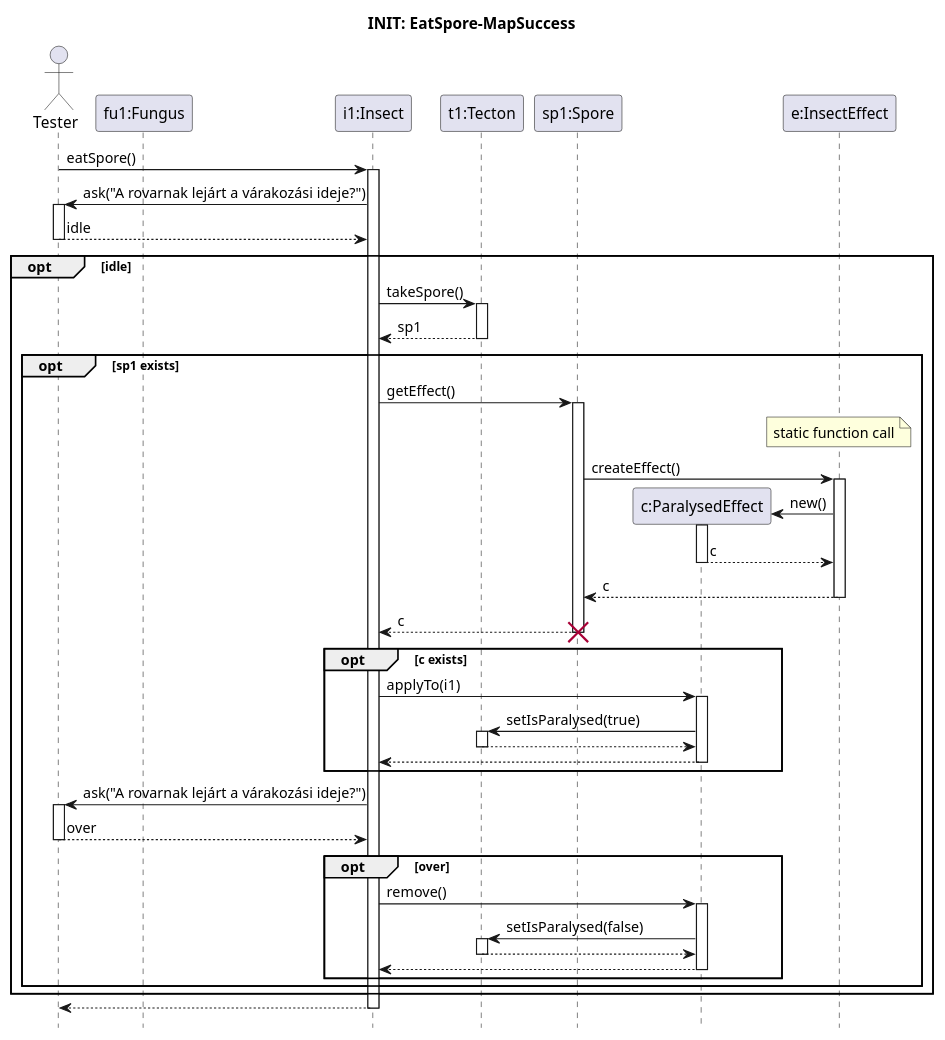
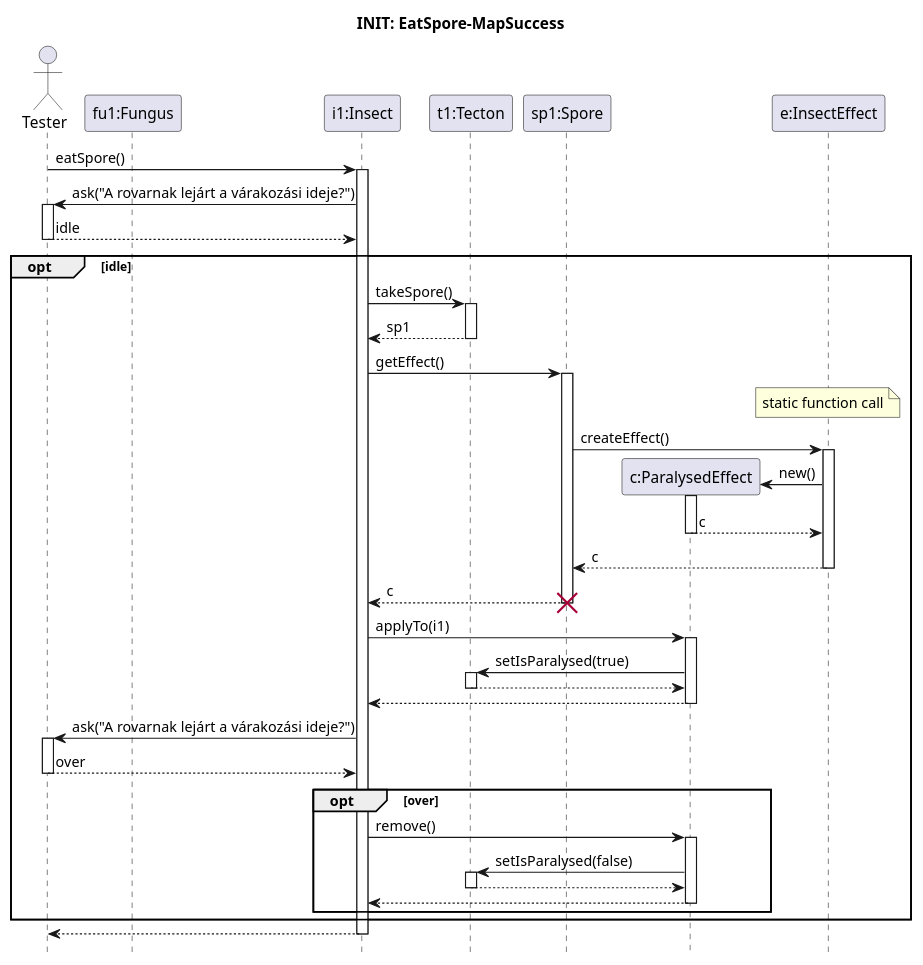
The diagram in Skeleton/Eat-spore/get-paralysedeffect.pu (ZD4ve/projlab-error521), drawn with PlantUML before and after one commit. The commit also changed 3 other files, not shown here.

```diff
--- a/Skeleton/Eat-spore/get-paralysedeffect.pu
+++ b/Skeleton/Eat-spore/get-paralysedeffect.pu
@@ -1,75 +1,71 @@
 @startuml Eat-spore/get-get-paralysedeffect
 hide footbox
 
 title INIT: EatSpore-MapSuccess
 
 actor Tester as S
 
 participant "fu1:Fungus" as fu1
 participant "i1:Insect" as i1
 participant "t1:Tecton" as t1
 participant "sp1:Spore" as sp1
 participant "c:ParalysedEffect" as c
 participant "e:InsectEffect" as e
 
 S -> i1 : eatSpore()
 activate i1
 
 S <- i1 : ask("A rovarnak lejárt a várakozási ideje?")
 activate S
 return idle
 
 opt idle
     i1 -> t1 : takeSpore()
     activate t1
 
     return sp1
 
-    opt sp1 exists
-        i1 -> sp1 : getEffect()
-        note over e : static function call
-        activate sp1
+    i1 -> sp1 : getEffect()
+    note over e : static function call
+    activate sp1
 
-        sp1 -> e : createEffect()
-        activate e
+    sp1 -> e : createEffect()
+    activate e
 
-        create c
-        e -> c : new()
+    create c
+    e -> c : new()
+    activate c
+
+    return c
+
+    return c
+    return c
+    destroy sp1
+
+    i1 -> c : applyTo(i1)
+    activate c
+    c -> t1 : setIsParalysed(true)
+    activate t1
+    return
+
+    return
+    
+    i1 -> S : ask("A rovarnak lejárt a várakozási ideje?")
+    activate S
+    return over
+
+    opt over
+        i1 -> c : remove()
         activate c
 
-        return c
+        c -> t1 : setIsParalysed(false)
+        activate t1
+        return
 
-        return c
-        return c
-        destroy sp1
-
-        opt c exists
-            i1 -> c : applyTo(i1)
-            activate c
-            c -> t1 : setIsParalysed(true)
-            activate t1
-            return
-
-            return
-        end
-        i1 -> S : ask("A rovarnak lejárt a várakozási ideje?")
-        activate S
-        return over
-
-        opt over
-            i1 -> c : remove()
-            activate c
-
-            c -> t1 : setIsParalysed(false)
-            activate t1
-            return
-
-            return    
-        end
-
+        return    
     end
 end
 
 return
 
 @enduml
```
